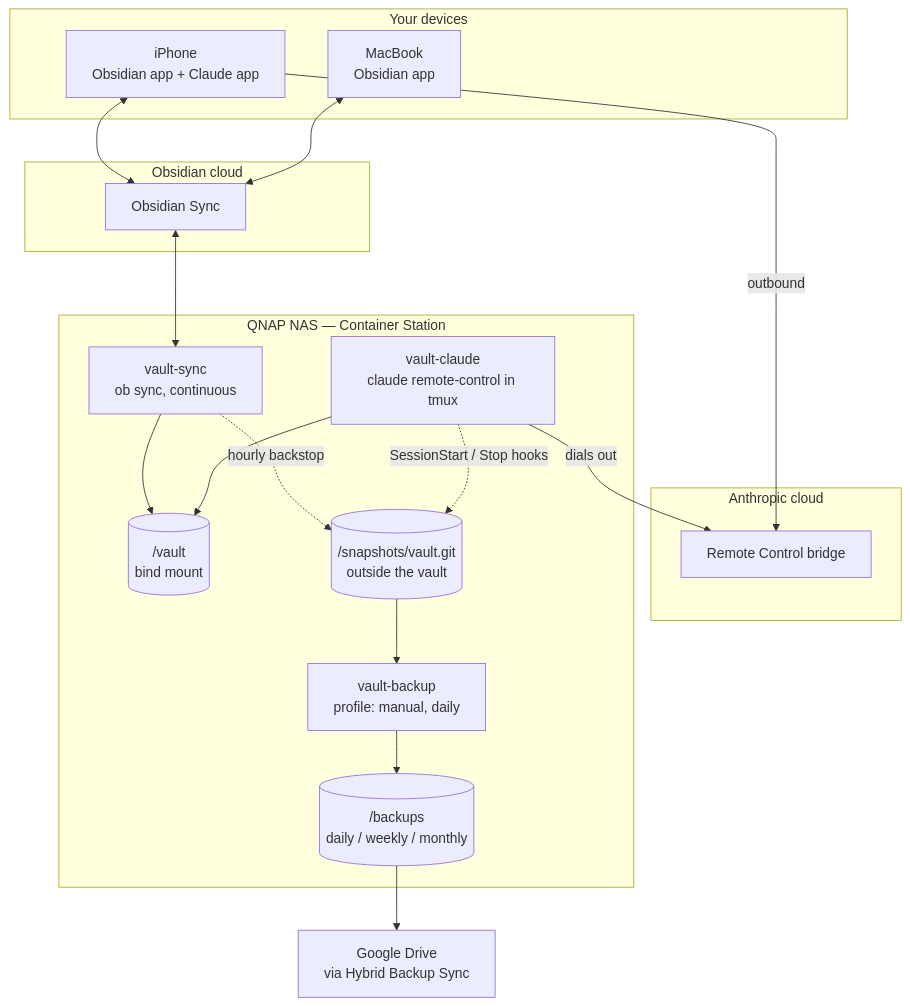
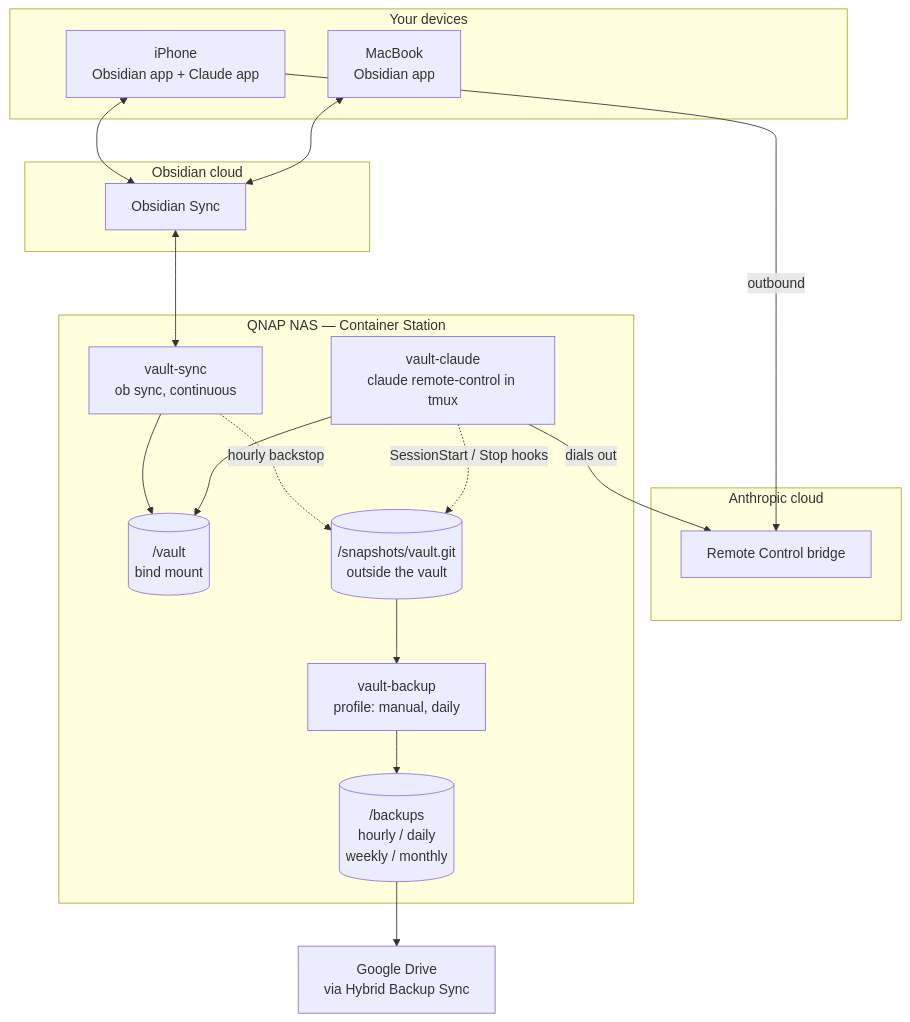
Before and after one commit to ky1ejs/homelab: the first of 6 diagrams in obsidian-vault/INITIAL_PLAN.md, drawn with Mermaid. The commit also changed other lines of this file and 4 other files, not shown here.

````diff
--- a/obsidian-vault/INITIAL_PLAN.md
+++ b/obsidian-vault/INITIAL_PLAN.md
@@ -43,39 +43,39 @@
 ```mermaid
 flowchart TB
     subgraph clients["Your devices"]
         mac["MacBook<br/>Obsidian app"]
         iphone["iPhone<br/>Obsidian app + Claude app"]
     end
 
     subgraph anth["Anthropic cloud"]
         bridge["Remote Control bridge"]
     end
 
     subgraph obsc["Obsidian cloud"]
         syncsvc["Obsidian Sync"]
     end
 
     subgraph nas["QNAP NAS — Container Station"]
         agent["vault-claude<br/>claude remote-control in tmux"]
         sync["vault-sync<br/>ob sync, continuous"]
         bkp["vault-backup<br/>profile: manual, daily"]
         vault[("/vault<br/>bind mount")]
         snap[("/snapshots/vault.git<br/>outside the vault")]
-        bundles[("/backups<br/>daily / weekly / monthly")]
+        bundles[("/backups<br/>hourly / daily<br/>weekly / monthly")]
     end
 
     gdrive["Google Drive<br/>via Hybrid Backup Sync"]
 
     iphone -->|outbound| bridge
     agent -->|dials out| bridge
     mac <--> syncsvc
     iphone <--> syncsvc
     syncsvc <--> sync
     agent --> vault
     sync --> vault
     agent -.->|"SessionStart / Stop hooks"| snap
     sync -.->|hourly backstop| snap
     snap --> bkp
     bkp --> bundles
     bundles --> gdrive
 ```
````
